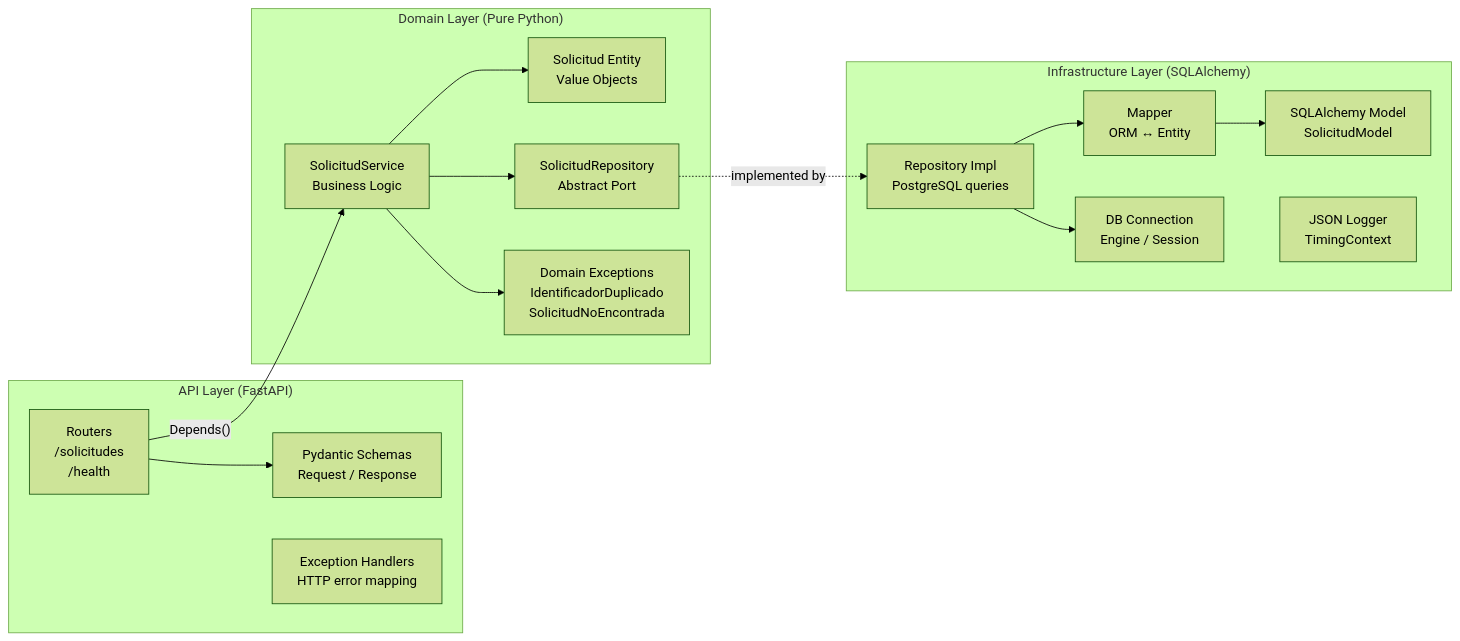
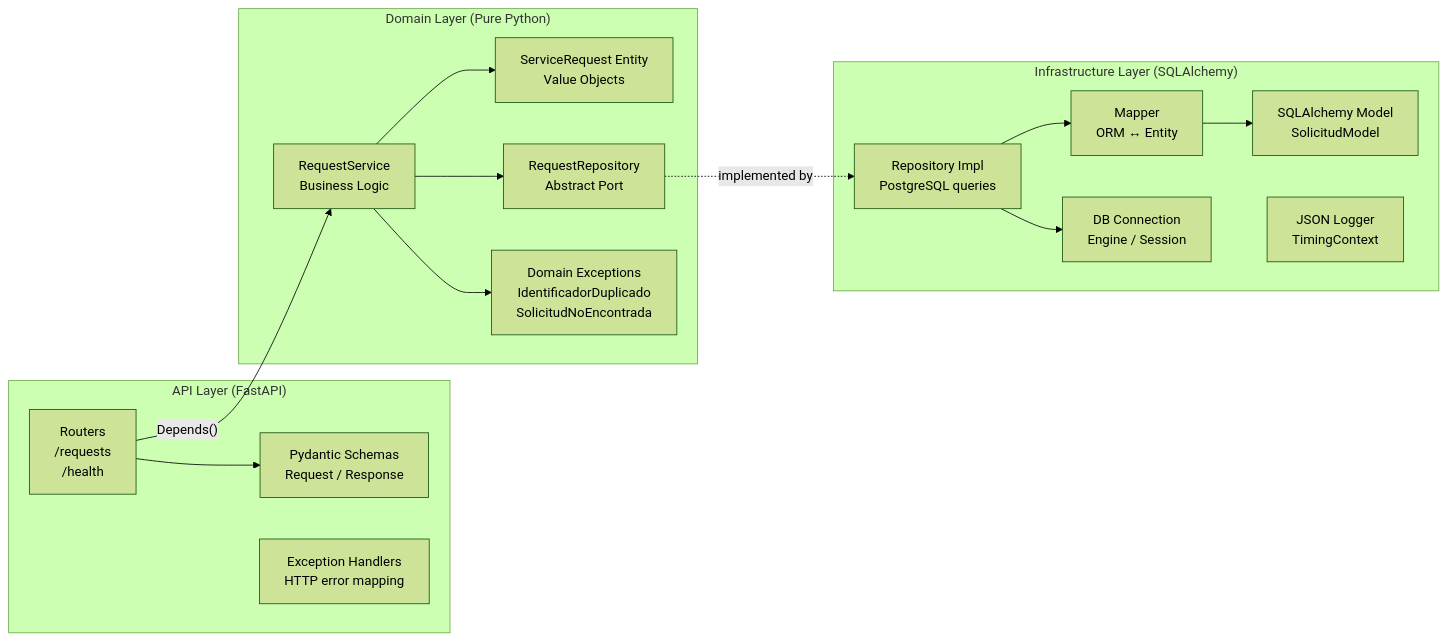
One commit to 11julio11/Prueba-T-cnica changed the diagram in README.md. Above: the diagram before and after it, drawn with Mermaid (forest theme). The commit also changed other lines of this file and 1 other file, not shown here.

First line of the commit message:
docs: update proposal and readme with new aws cdk architecture

````diff
--- a/README.md
+++ b/README.md
@@ -76,33 +76,33 @@
 ```mermaid
 graph LR
     subgraph API ["API Layer (FastAPI)"]
-        R["Routers\n/solicitudes\n/health"]
+        R["Routers\n/requests\n/health"]
         S["Pydantic Schemas\nRequest / Response"]
         EH["Exception Handlers\nHTTP error mapping"]
         R --> S
     end
 
     subgraph DOMAIN ["Domain Layer (Pure Python)"]
-        SVC["SolicitudService\nBusiness Logic"]
-        ENT["Solicitud Entity\nValue Objects"]
-        PORT["SolicitudRepository\nAbstract Port"]
+        SVC["RequestService\nBusiness Logic"]
+        ENT["ServiceRequest Entity\nValue Objects"]
+        PORT["RequestRepository\nAbstract Port"]
         EXC["Domain Exceptions\nIdentificadorDuplicado\nSolicitudNoEncontrada"]
         SVC --> ENT
         SVC --> PORT
         SVC --> EXC
     end
 
     subgraph INFRA ["Infrastructure Layer (SQLAlchemy)"]
         REPO["Repository Impl\nPostgreSQL queries"]
         MAPPER["Mapper\nORM ↔ Entity"]
         MODEL["SQLAlchemy Model\nSolicitudModel"]
         CONN["DB Connection\nEngine / Session"]
         LOG["JSON Logger\nTimingContext"]
         REPO --> MAPPER
         MAPPER --> MODEL
         REPO --> CONN
     end
 
     R -->|"Depends()"| SVC
     PORT -.->|"implemented by"| REPO
 ```
````
